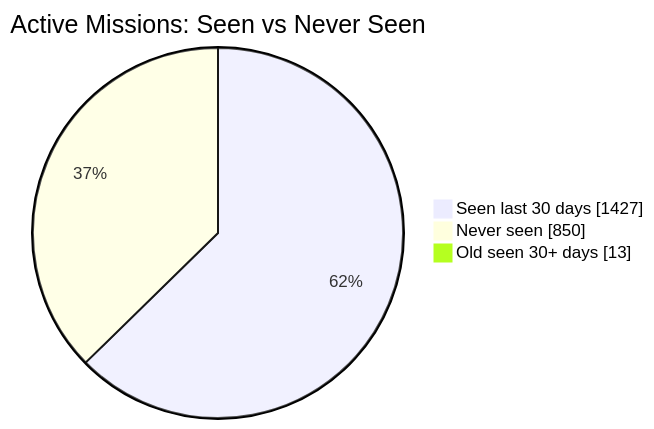
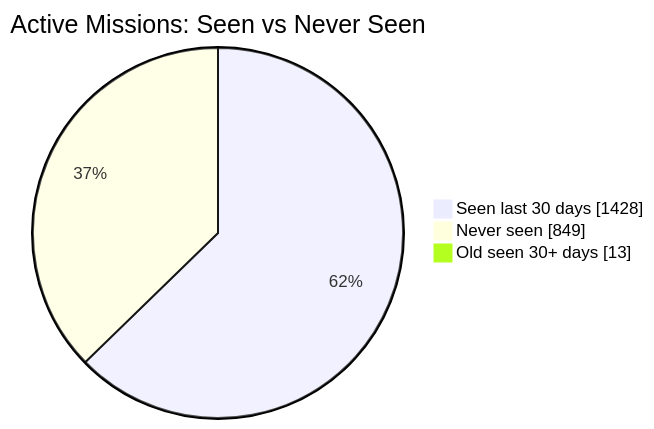
The first of 2 diagrams in README.md (MeldkamerspelGameTeam/active-missions), drawn with Mermaid before and after one commit. The commit also changed other lines of this file and 2 other files, not shown here.

````diff
--- a/README.md
+++ b/README.md
@@ -34,7 +34,7 @@
 ```mermaid
 pie showData
     title Active Missions: Seen vs Never Seen
-    "Seen last 30 days" : 1427
-    "Never seen" : 850
+    "Seen last 30 days" : 1428
+    "Never seen" : 849
     "Old seen 30+ days" : 13
 ```
````
